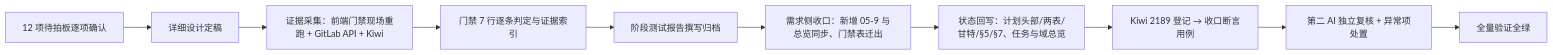
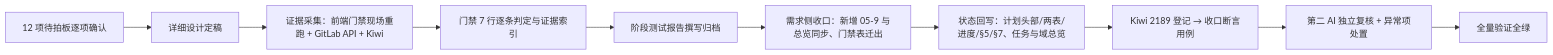
Before and after one commit to minjian123/basic-management-system: the diagram in bms文档/项目/05_前端插件化/任务/05_阶段验收/05_阶段验收_01_阶段验收门禁核对与测试报告/实施/01_实施_05_阶段验收_01_阶段验收门禁核对与测试报告.md, drawn with Mermaid. The commit also changed other lines of this file and 641 other files, not shown here.

````diff
--- a/bms文档/项目/05_前端插件化/任务/05_阶段验收/05_阶段验收_01_阶段验收门禁核对与测试报告/实施/01_实施_05_阶段验收_01_阶段验收门禁核对与测试报告.md
+++ b/bms文档/项目/05_前端插件化/任务/05_阶段验收/05_阶段验收_01_阶段验收门禁核对与测试报告/实施/01_实施_05_阶段验收_01_阶段验收门禁核对与测试报告.md
@@ -23,12 +23,12 @@
 ```mermaid
 flowchart LR
     A["12 项待拍板逐项确认"] --> B["详细设计定稿"]
     B --> C["证据采集：前端门禁现场重跑 + GitLab API + Kiwi"]
     C --> D["门禁 7 行逐条判定与证据索引"]
     D --> E["阶段测试报告撰写归档"]
     E --> F["需求侧收口：新增 05-9 与总览同步、门禁表迁出"]
-    F --> G["状态回写：计划头部/两表/甘特/§5/§7、任务与域总览"]
+ F --> G["状态回写：计划头部/两表/进度/§5/§7、任务与域总览"]
     G --> H["Kiwi 2189 登记 → 收口断言用例"]
     H --> I["第二 AI 独立复核 + 异常项处置"]
     I --> J["全量验证全绿"]
 ```
````
